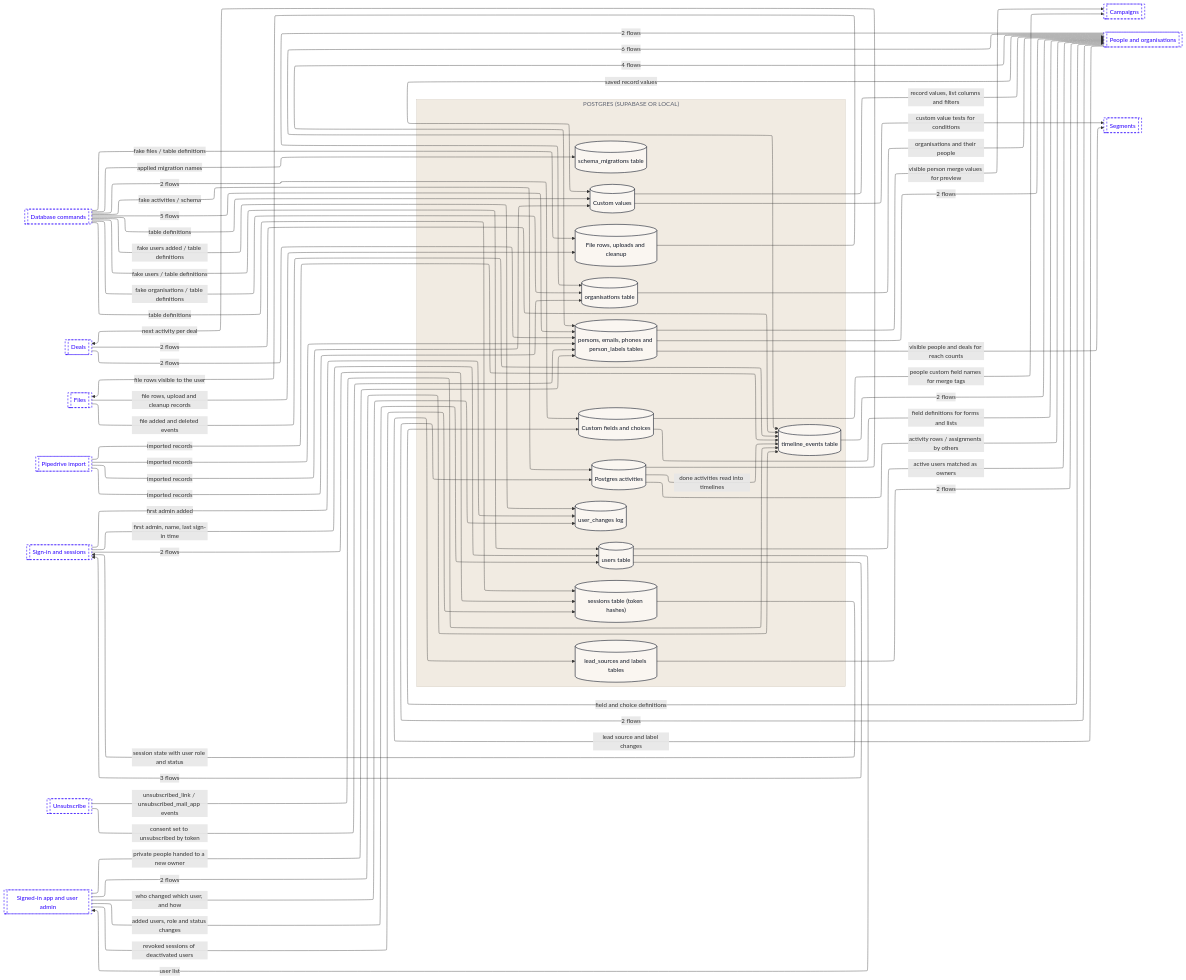
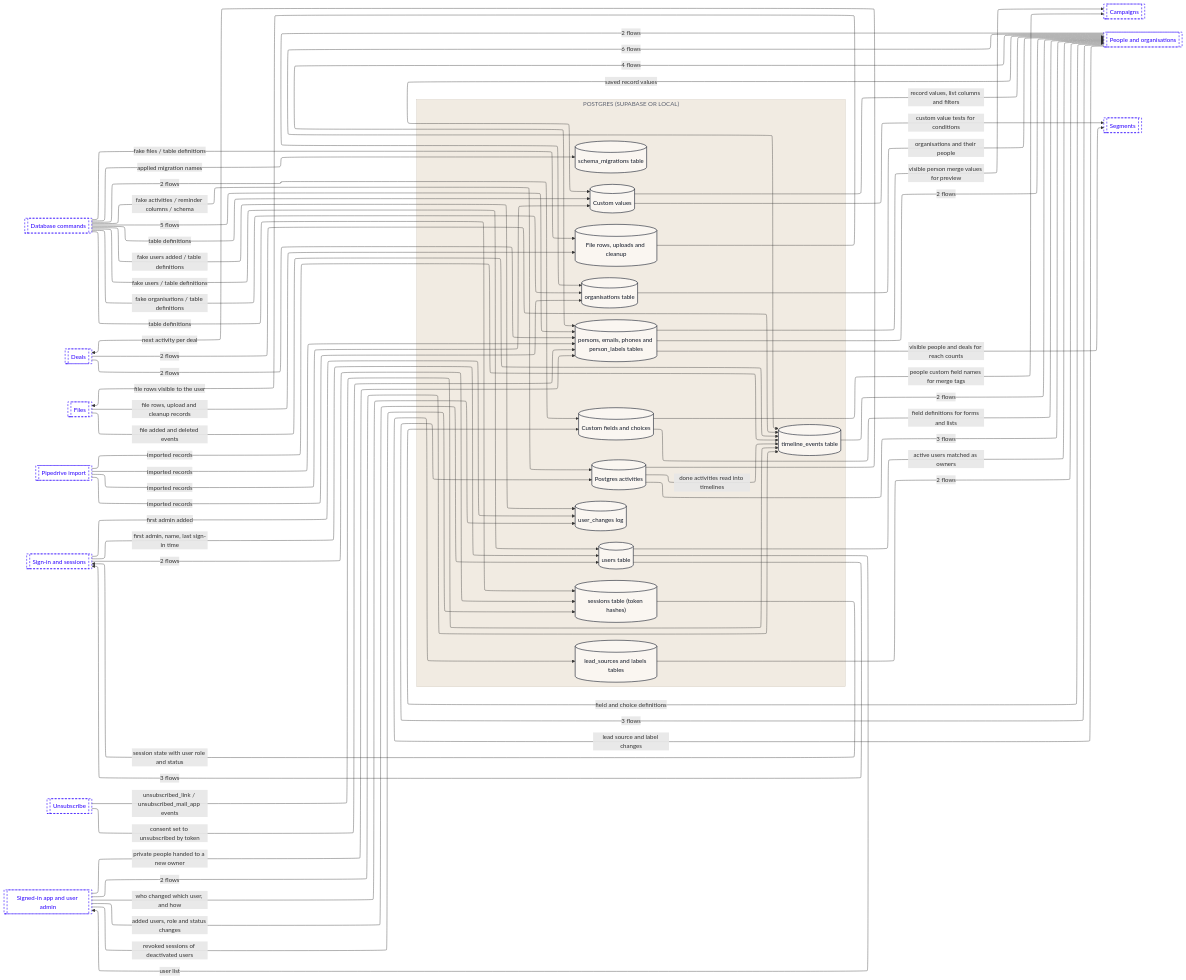
Before and after one commit to Romain-Perche/Barnacle-Pipe: the fourth of 16 diagrams in dataflow/DATAFLOW.md, drawn with Mermaid. The commit also changed other lines of this file and 5 other files, not shown here.

```diff
--- a/dataflow/DATAFLOW.md
+++ b/dataflow/DATAFLOW.md
@@ -289,9 +289,9 @@
     n20[["Sign-in and sessions"]]
     n21[["Unsubscribe"]]
     n22[["Signed-in app and user admin"]]
-    n18 -->|"2 flows"| n1
+    n18 -->|"3 flows"| n1
     n18 -->|"4 flows"| n7
-    n1 -->|"activity rows / assignments by others"| n18
+    n1 -->|"3 flows"| n18
     n1 -->|"next activity per deal"| n15
     n1 -->|"done activities read into timelines"| n10
     n18 -->|"lead source and label changes"| n2
@@ -312,7 +312,7 @@
     n16 -->|"file rows, upload and cleanup records"| n5
     n16 -->|"file added and deleted events"| n10
     n5 -->|"file rows visible to the user"| n16
-    n14 -->|"fake activities / schema"| n1
+    n14 -->|"fake activities / reminder columns / schema"| n1
     n14 -->|"2 flows"| n3
     n14 -->|"table definitions"| n4
     n14 -->|"fake files / table definitions"| n5
```
